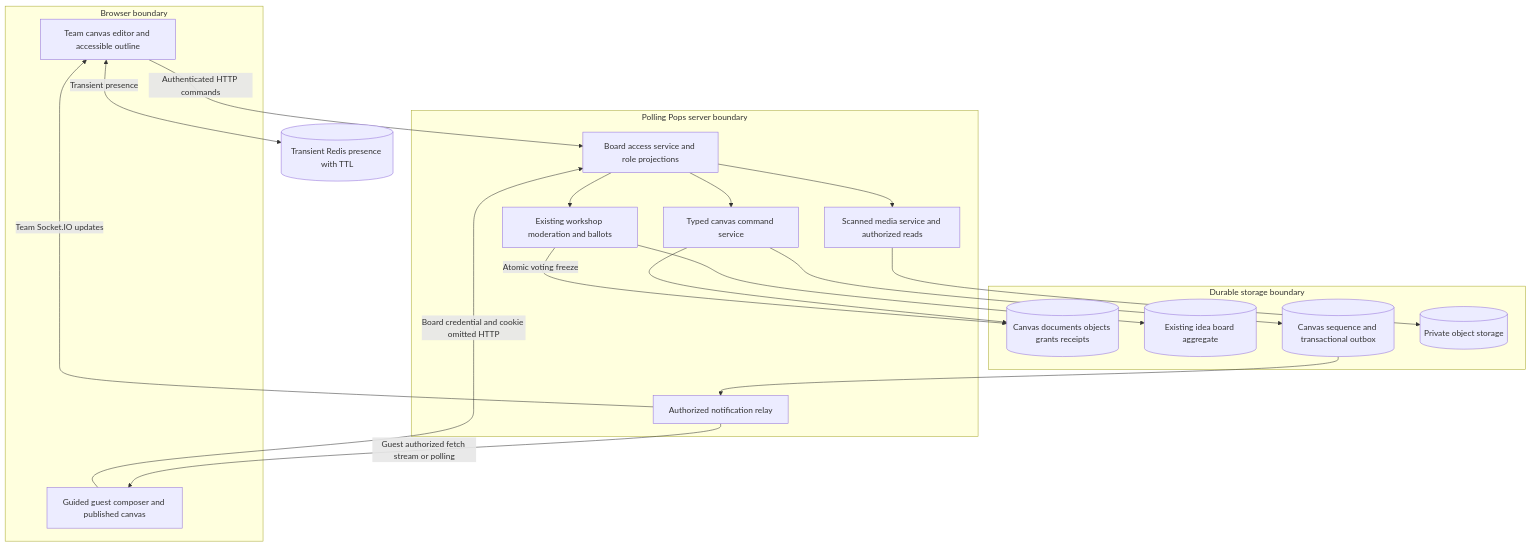
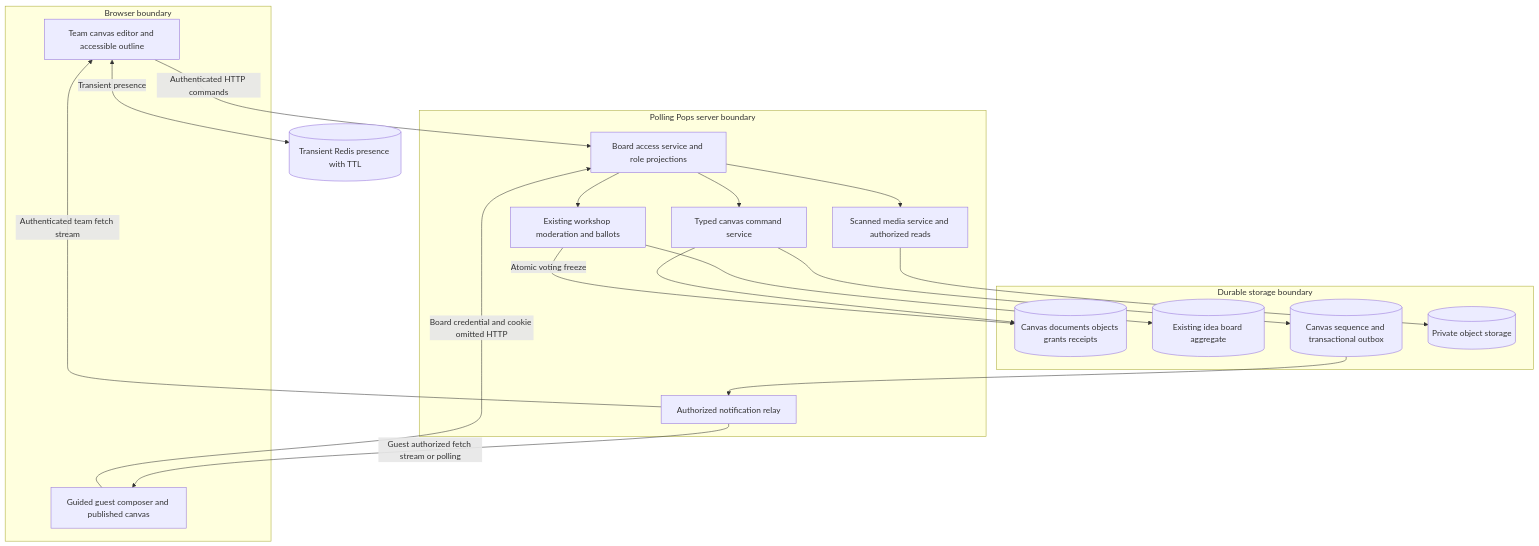
Before and after one commit to riojung/pollingpops: the second of 2 diagrams in docs/idea-board-canvas-implementation-plan.md, drawn with Mermaid. The commit also changed other lines of this file and 86 other files, not shown here.

````diff
--- a/docs/idea-board-canvas-implementation-plan.md
+++ b/docs/idea-board-canvas-implementation-plan.md
@@ -230,35 +251,35 @@
 ```mermaid
 flowchart TB
   subgraph Browsers[Browser boundary]
     Team[Team canvas editor and accessible outline]
     Guest[Guided guest composer and published canvas]
   end
   subgraph Server[Polling Pops server boundary]
     Access[Board access service and role projections]
     Commands[Typed canvas command service]
     Workshop[Existing workshop moderation and ballots]
     Relay[Authorized notification relay]
     Assets[Scanned media service and authorized reads]
   end
   subgraph Storage[Durable storage boundary]
     Canvas[(Canvas documents objects grants receipts)]
     Existing[(Existing idea board aggregate)]
     Outbox[(Canvas sequence and transactional outbox)]
     Media[(Private object storage)]
   end
   Presence[(Transient Redis presence with TTL)]
   Team -->|Authenticated HTTP commands| Access
   Guest -->|Board credential and cookie omitted HTTP| Access
   Access --> Commands
   Access --> Workshop
   Commands --> Canvas
   Commands --> Outbox
   Workshop --> Existing
   Workshop -->|Atomic voting freeze| Canvas
   Outbox --> Relay
   Access --> Assets
   Assets --> Media
-  Relay -->|Team Socket.IO updates| Team
+  Relay -->|Authenticated team fetch stream| Team
   Relay -->|Guest authorized fetch stream or polling| Guest
   Team <-->|Transient presence| Presence
 ```
````
